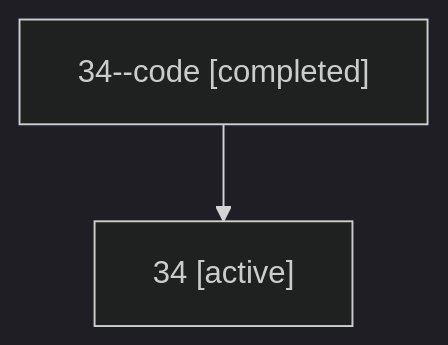
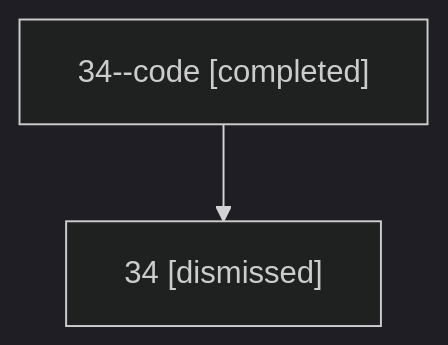
The diagram in sessions/bbugyi200.athena.34.md (sase-org/sase--agents), drawn with Mermaid (dark theme) before and after one commit. The commit also changed other lines of this file and 26 other files, not shown here.

````diff
--- a/sessions/bbugyi200.athena.34.md
+++ b/sessions/bbugyi200.athena.34.md
@@ -9,6 +9,6 @@
 ```mermaid
 flowchart TD
   n0["34--code [completed]"]
-  n1["34 [active]"]
+  n1["34 [dismissed]"]
   n0 --> n1
 ```
````
